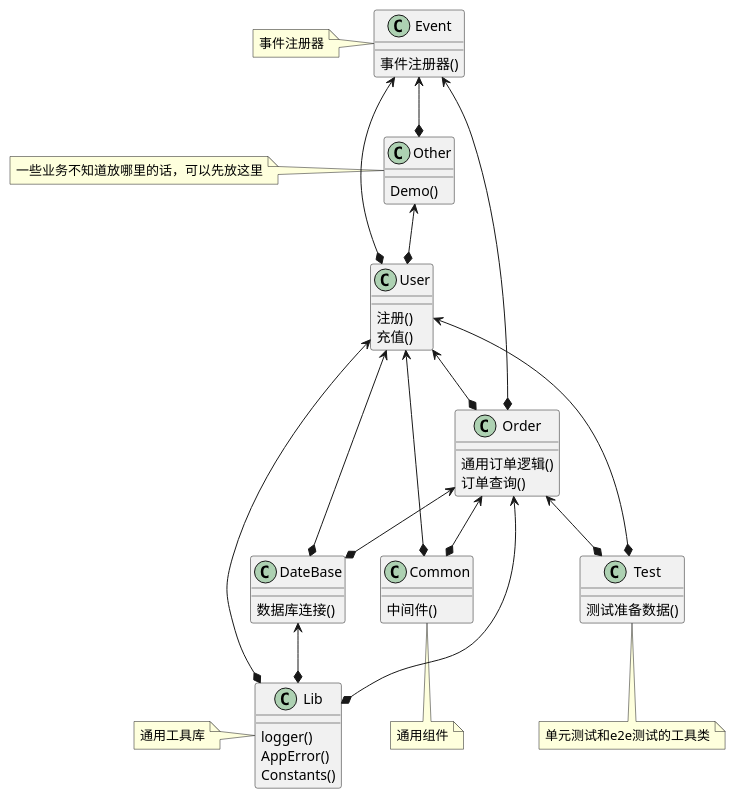
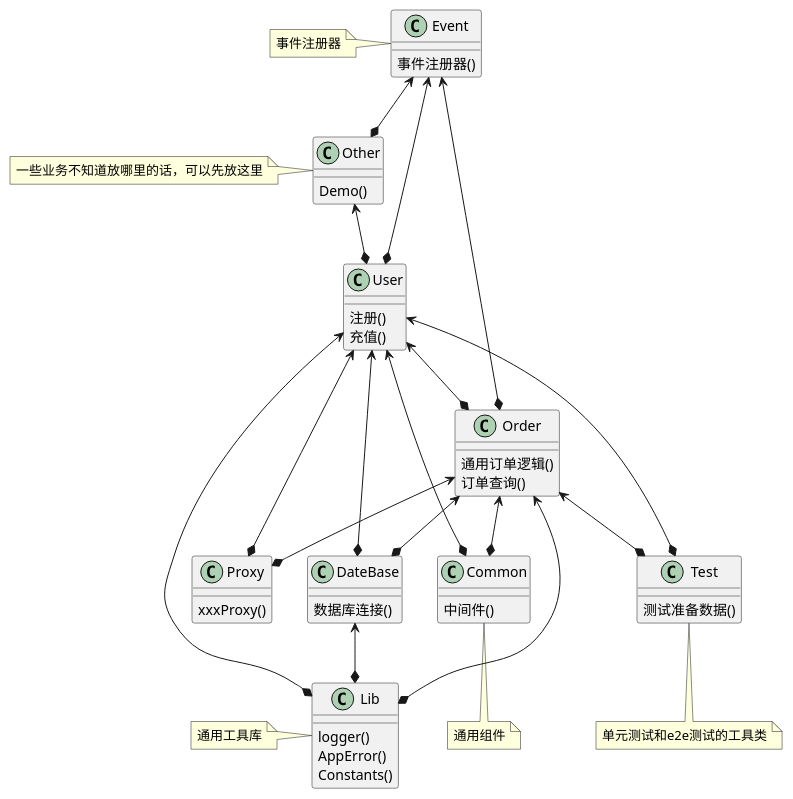
The diagram in document/系统模块图.puml (kaolalicai/klg-koa-starter-kit), drawn with PlantUML before and after one commit. The commit also changed 12 other files, not shown here.

```diff
--- a/document/系统模块图.puml
+++ b/document/系统模块图.puml
@@ -1,49 +1,54 @@
 @startuml
 
 Event : 事件注册器()
 note left of Event : 事件注册器
 
 Other : Demo()
 note left of Other : 一些业务不知道放哪里的话，可以先放这里
 
 User : 注册()
 User : 充值()
 
 Order : 通用订单逻辑()
 Order : 订单查询()
+
+Proxy : xxxProxy()
 
 Lib : logger()
 Lib : AppError()
 Lib : Constants()
 note left of Lib : 通用工具库
 
 DateBase : 数据库连接()
 Common : 中间件()
 note bottom of Common : 通用组件
 Test : 测试准备数据()
 note bottom of Test : 单元测试和e2e测试的工具类
 
 
 Event <--* User
 Event <--* Order
 Event <--* Other
 
 Other <--* User
 User <--* Order
 
+User <--* Proxy
+Order <--* Proxy
+
 User <--* Lib
 Order <--* Lib
 
 User <--* DateBase
 Order <--* DateBase
 
 User <--* Common
 Order <--* Common
 
 User <--* Test
 Order <--* Test
 
 
 DateBase <--* Lib
 
 @enduml
```
